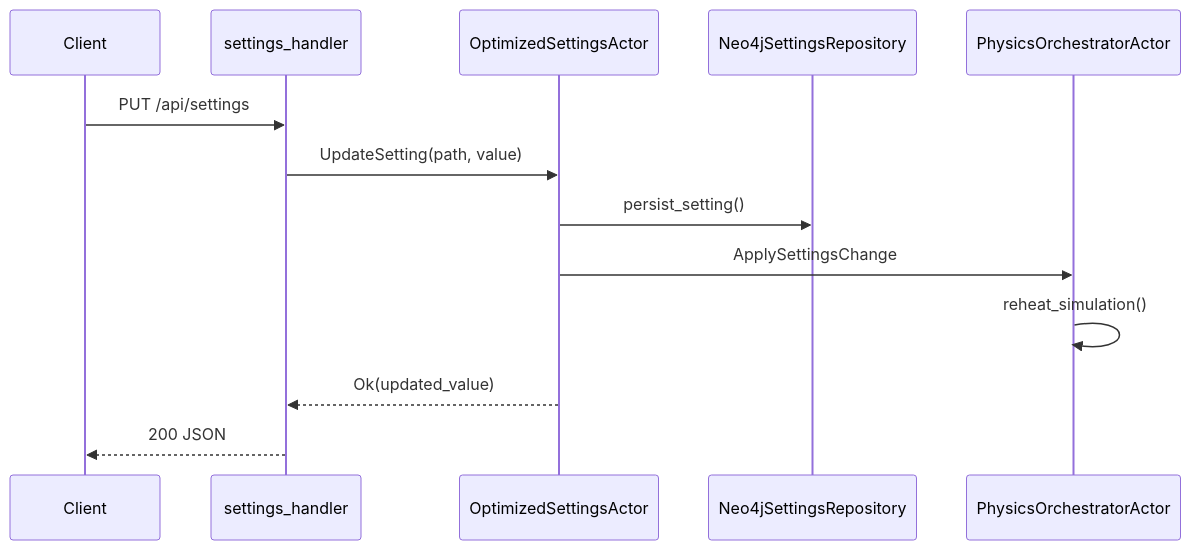
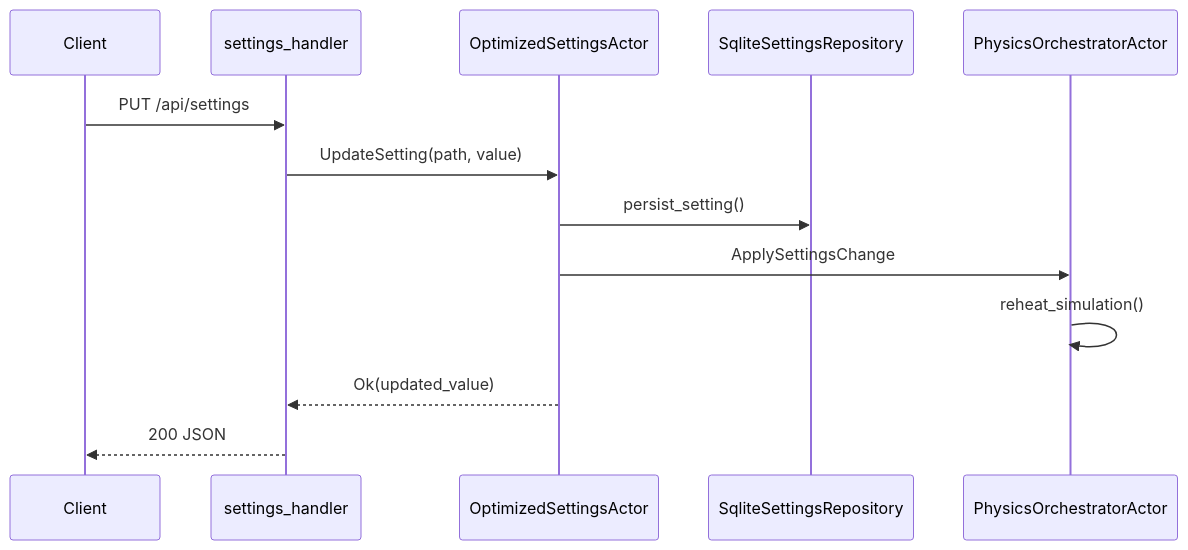
Before and after one commit to shaneholloman/logseq-spring-thing: the third of 4 diagrams in docs/architecture/visionclaw-rust-backend.md, drawn with Mermaid. The commit also changed other lines of this file and 58 other files, not shown here.

````diff
--- a/docs/architecture/visionclaw-rust-backend.md
+++ b/docs/architecture/visionclaw-rust-backend.md
@@ -156,16 +155,16 @@
 ```mermaid
 sequenceDiagram
     participant UI as Client
     participant API as settings_handler
     participant OSA as OptimizedSettingsActor
-    participant Neo4j as Neo4jSettingsRepository
+    participant Settings as SqliteSettingsRepository
     participant PO as PhysicsOrchestratorActor
 
     UI->>API: PUT /api/settings
     API->>OSA: UpdateSetting(path, value)
-    OSA->>Neo4j: persist_setting()
+    OSA->>Settings: persist_setting()
     OSA->>PO: ApplySettingsChange
     PO->>PO: reheat_simulation()
     OSA-->>API: Ok(updated_value)
     API-->>UI: 200 JSON
 ```
````
